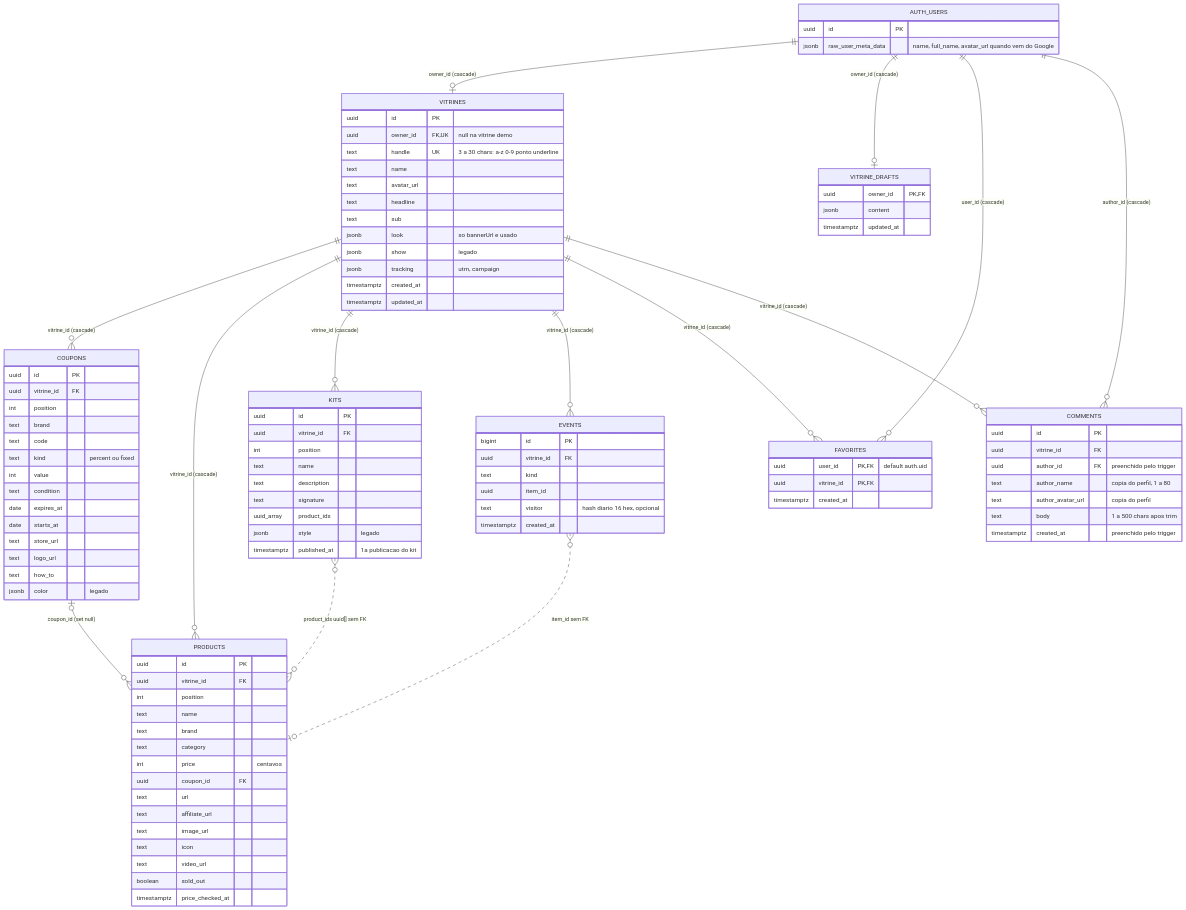
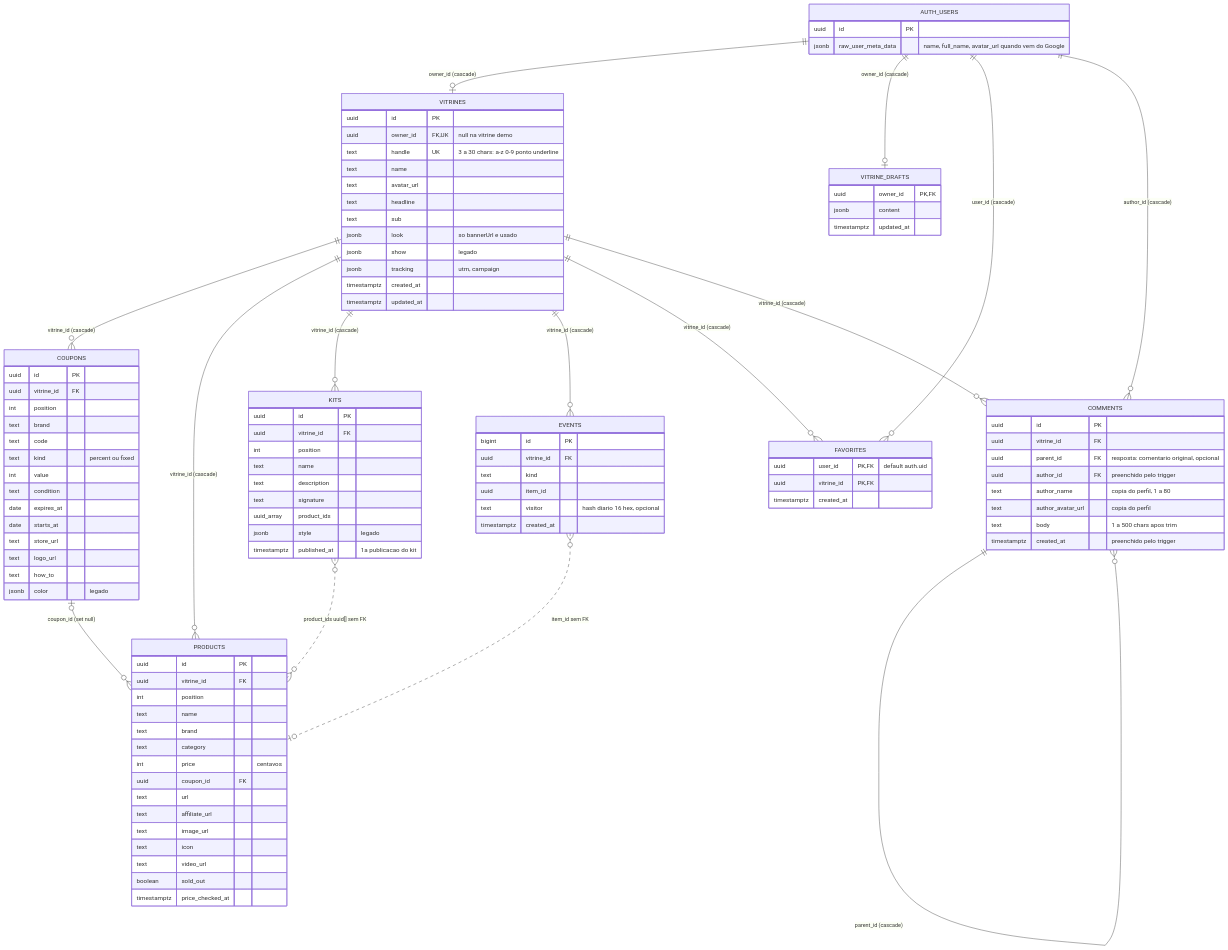
One commit to estevaons/myvitri changed the first of 3 diagrams in docs/database.md. Above: the diagram before and after it, drawn with Mermaid. The commit also changed other lines of this file and 16 other files, not shown here.

```diff
--- a/docs/database.md
+++ b/docs/database.md
@@ -40,6 +40,7 @@
     VITRINES ||--o{ FAVORITES : "vitrine_id (cascade)"
     AUTH_USERS ||--o{ COMMENTS : "author_id (cascade)"
     VITRINES ||--o{ COMMENTS : "vitrine_id (cascade)"
+    COMMENTS ||--o{ COMMENTS : "parent_id (cascade)"
 
     AUTH_USERS {
         uuid id PK
@@ -116,6 +117,7 @@
     COMMENTS {
         uuid id PK
         uuid vitrine_id FK
+        uuid parent_id FK "resposta: comentario original, opcional"
         uuid author_id FK "preenchido pelo trigger"
         text author_name "copia do perfil, 1 a 80"
         text author_avatar_url "copia do perfil"
```
